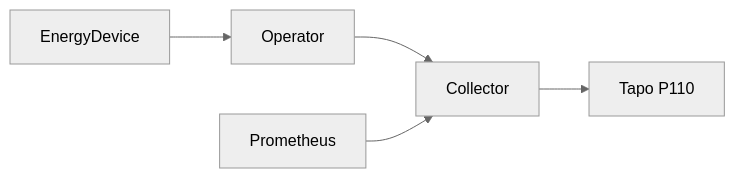
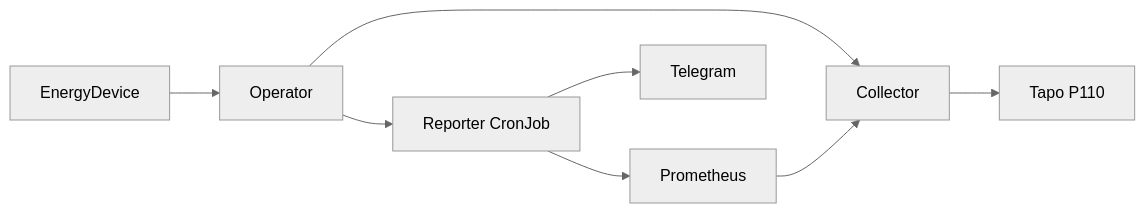
The diagram in docs/architecture.md (alvarorg14/kubewattch), drawn with Mermaid (neutral theme) before and after one commit. The commit also changed other lines of this file and 47 other files, not shown here.

````diff
--- a/docs/architecture.md
+++ b/docs/architecture.md
@@ -9,7 +9,10 @@
 ```mermaid
 flowchart LR
   D[EnergyDevice] --> O[Operator]
   O --> C[Collector]
   C --> T[Tapo P110]
   P[Prometheus] --> C
+  O --> R[Reporter CronJob]
+  R --> P
+  R --> TG[Telegram]
 ```
````
